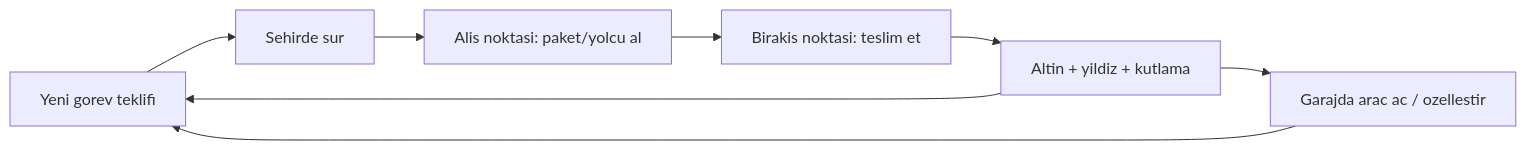
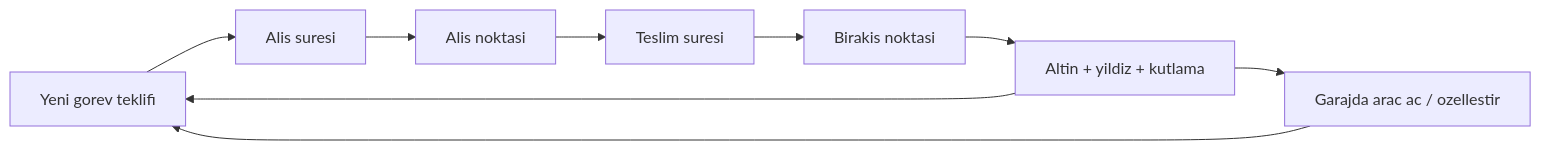
The diagram in docs/game-design.md (catikur/Mete_game1), drawn with Mermaid before and after one commit. The commit also changed other lines of this file and 16 other files, not shown here.

````diff
--- a/docs/game-design.md
+++ b/docs/game-design.md
@@ -25,10 +29,11 @@
 ```mermaid
 flowchart LR
-    Gorev[Yeni gorev teklifi] --> Sur[Sehirde sur]
-    Sur --> Al[Alis noktasi: paket/yolcu al]
-    Al --> Birak[Birakis noktasi: teslim et]
+    Gorev[Yeni gorev teklifi] --> Sur1[Alis suresi]
+    Sur1 --> Al[Alis noktasi]
+    Al --> Sur2[Teslim suresi]
+    Sur2 --> Birak[Birakis noktasi]
     Birak --> Odul[Altin + yildiz + kutlama]
     Odul --> Garaj[Garajda arac ac / ozellestir]
     Odul --> Gorev
     Garaj --> Gorev
 ```
````
